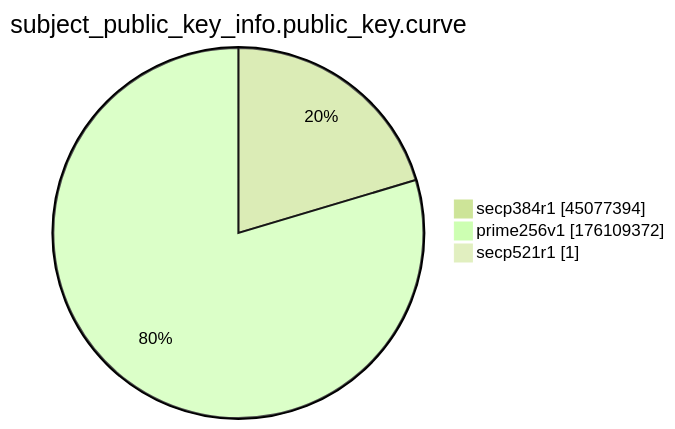
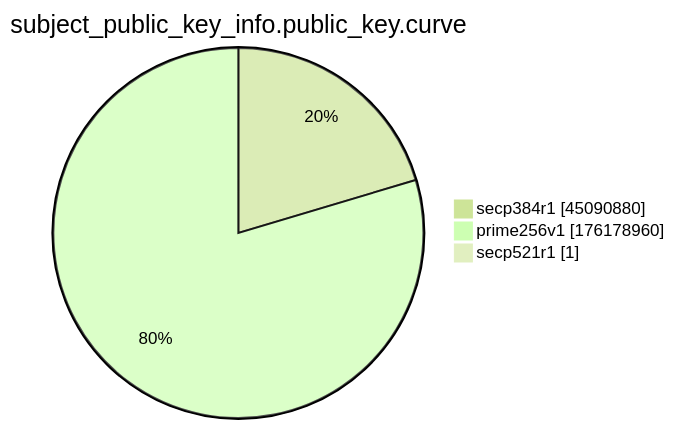
Before and after one commit to christiankrug/ctmonitor_visualization: the ninth of 15 diagrams in xenon2022/README.md, drawn with Mermaid (forest theme). The commit also changed other lines of this file, not shown here.

````diff
--- a/xenon2022/README.md
+++ b/xenon2022/README.md
@@ -2872,7 +2872,7 @@
 ```mermaid
 pie showData
 title subject_public_key_info.public_key.curve
-"secp384r1" :45077394
-"prime256v1" :176109372
+"secp384r1" :45090880
+"prime256v1" :176178960
 "secp521r1" :1
 ```
````
